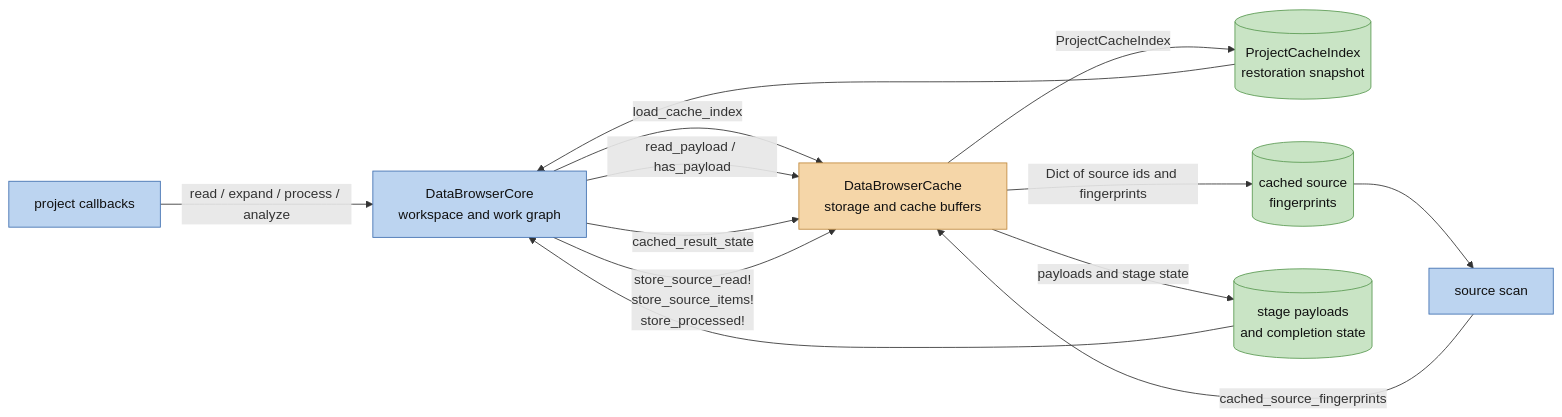
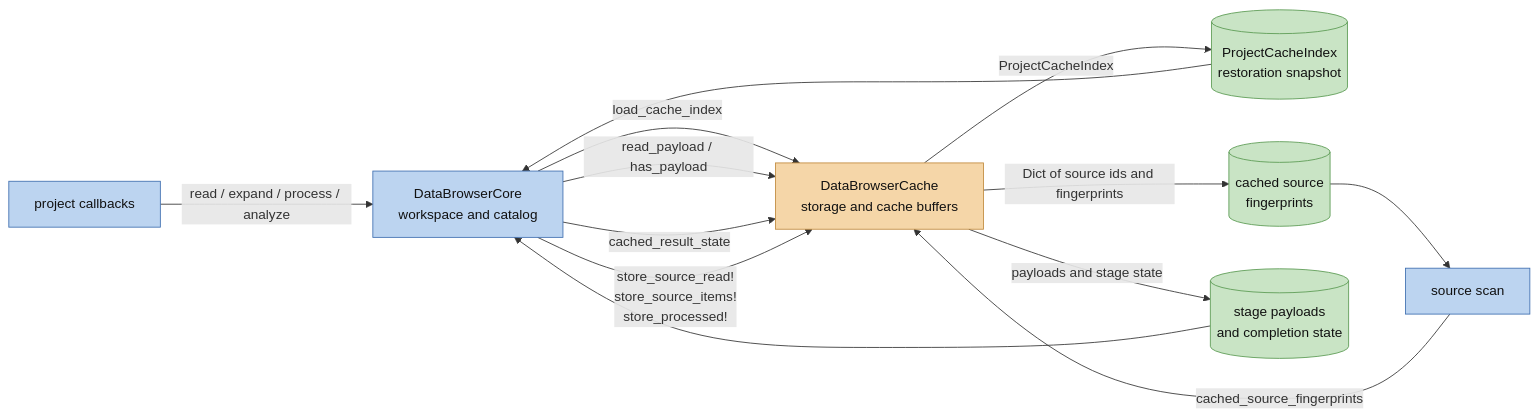
The third of 5 diagrams in docs/ARCHITECTURE.md (digiefel/DataBrowser), drawn with Mermaid before and after one commit. The commit also changed other lines of this file and 3 other files, not shown here.

First line of the commit message:
Describe the catalog and collection versions in the architecture and roadmap

````diff
--- a/docs/ARCHITECTURE.md
+++ b/docs/ARCHITECTURE.md
@@ -192,30 +207,30 @@
 ```mermaid
 flowchart LR
-    core["DataBrowserCore<br/>workspace and work graph"]
+    core["DataBrowserCore<br/>workspace and catalog"]
     scan["source scan"]
     cache["DataBrowserCache<br/>storage and cache buffers"]
     snapshot[("ProjectCacheIndex<br/>restoration snapshot")]
     fingerprints[("cached source<br/>fingerprints")]
     payloads[("stage payloads<br/>and completion state")]
     source["project callbacks"]
 
     core -->|"load_cache_index"| cache
     cache -->|"ProjectCacheIndex"| snapshot
     snapshot --> core
     scan -->|"cached_source_fingerprints"| cache
     cache -->|"Dict of source ids and fingerprints"| fingerprints
     fingerprints --> scan
     core -->|"read_payload / has_payload"| cache
     core -->|"cached_result_state"| cache
     cache -->|"payloads and stage state"| payloads
     payloads --> core
     core -->|"store_source_read!<br/>store_source_items!<br/>store_processed!"| cache
     source -->|"read / expand / process / analyze"| core
 
     classDef coreC fill:#bcd4f0,stroke:#3f6fb0,color:#111
     classDef cacheC fill:#f5d6a8,stroke:#c08a3f,color:#111
     classDef stateC fill:#c9e4c5,stroke:#5a9a52,color:#111
     class core,scan,source coreC
     class cache cacheC
     class snapshot,fingerprints,payloads stateC
 ```
````
